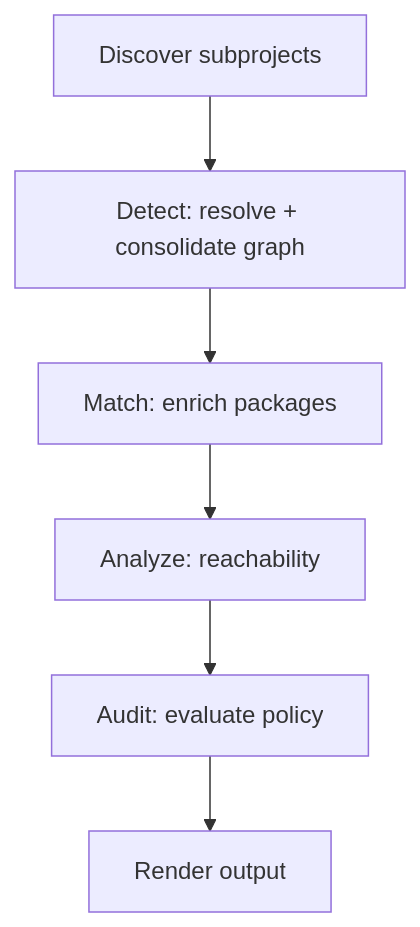
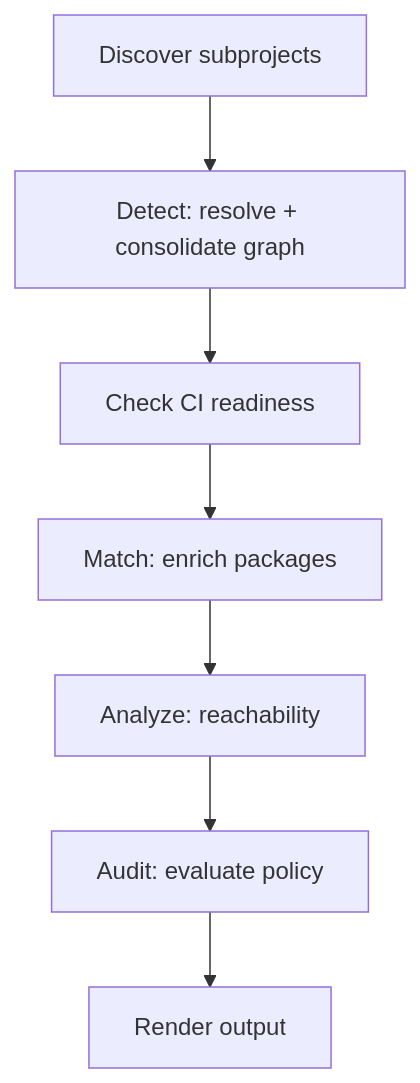
Before and after one commit to bomly-dev/bomly-cli: the first of 3 diagrams in docs/ARCHITECTURE.md, drawn with Mermaid. The commit also changed other lines of this file and 19 other files, not shown here.

````diff
--- a/docs/ARCHITECTURE.md
+++ b/docs/ARCHITECTURE.md
@@ -22,11 +22,12 @@
 ```mermaid
 flowchart TD
     A[Discover subprojects]
     B[Detect: resolve + consolidate graph]
+    B2[Check CI readiness]
     C[Match: enrich packages]
     D[Analyze: reachability]
     E[Audit: evaluate policy]
     F[Render output]
 
-    A --> B --> C --> D --> E --> F
+    A --> B --> B2 --> C --> D --> E --> F
 ```
````
